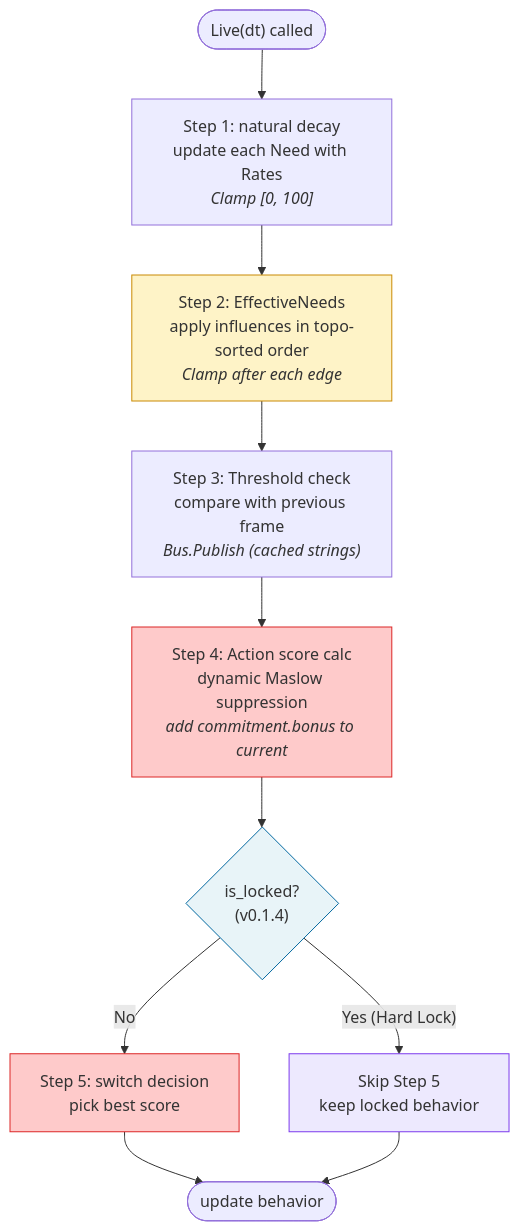
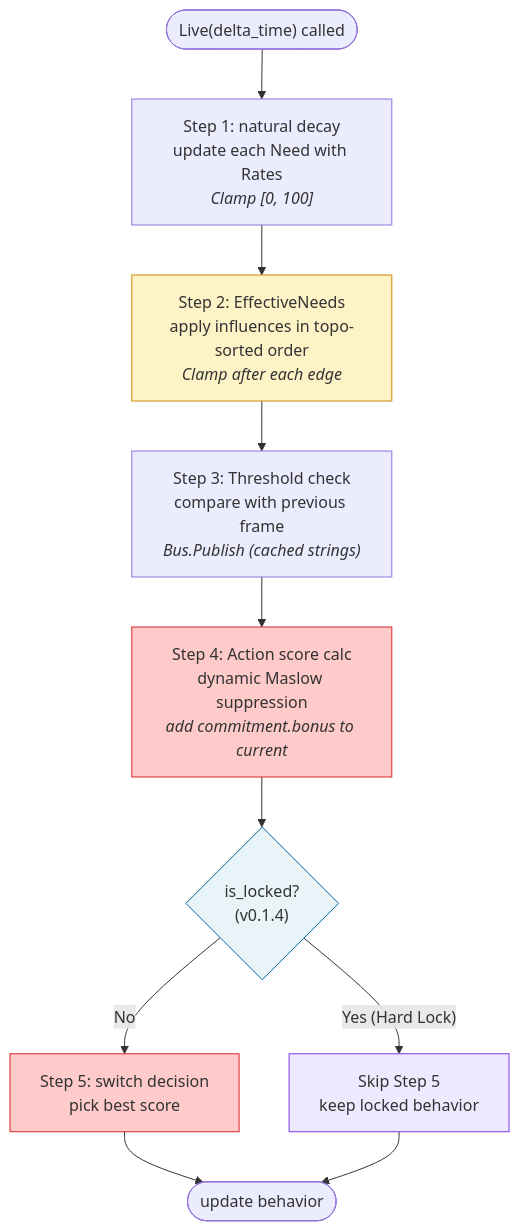
Before and after one commit to hiroxpepe/animo: the sixth of 12 diagrams in README.md, drawn with Mermaid. The commit also changed other lines of this file and 72 other files, not shown here.

````diff
--- a/README.md
+++ b/README.md
@@ -211,20 +211,20 @@
 ```mermaid
 flowchart TB
-  Start(["Live(dt) called"])
+  Start(["Live(delta_time) called"])
   S1["Step 1: natural decay<br/>update each Need with Rates<br/><i>Clamp [0, 100]</i>"]
   S2["Step 2: EffectiveNeeds<br/>apply influences in topo-sorted order<br/><i>Clamp after each edge</i>"]
   S3["Step 3: Threshold check<br/>compare with previous frame<br/><i>Bus.Publish (cached strings)</i>"]
   S4["Step 4: Action score calc<br/>dynamic Maslow suppression<br/><i>add commitment.bonus to current</i>"]
   Lock{"is_locked?<br/>(v0.1.4)"}
   S5["Step 5: switch decision<br/>pick best score"]
   Skip["Skip Step 5<br/>keep locked behavior"]
   End(["update behavior"])
   Start --> S1 --> S2 --> S3 --> S4 --> Lock
   Lock -->|"No"| S5 --> End
   Lock -->|"Yes (Hard Lock)"| Skip --> End
   style S2 fill:#fef3c7,stroke:#ca8a04
   style S4 fill:#fecaca,stroke:#dc2626
   style S5 fill:#fecaca,stroke:#dc2626
   style Lock fill:#e8f4f8,stroke:#0369a1
   style Skip fill:#ede9fe,stroke:#7c3aed
 ```
````
